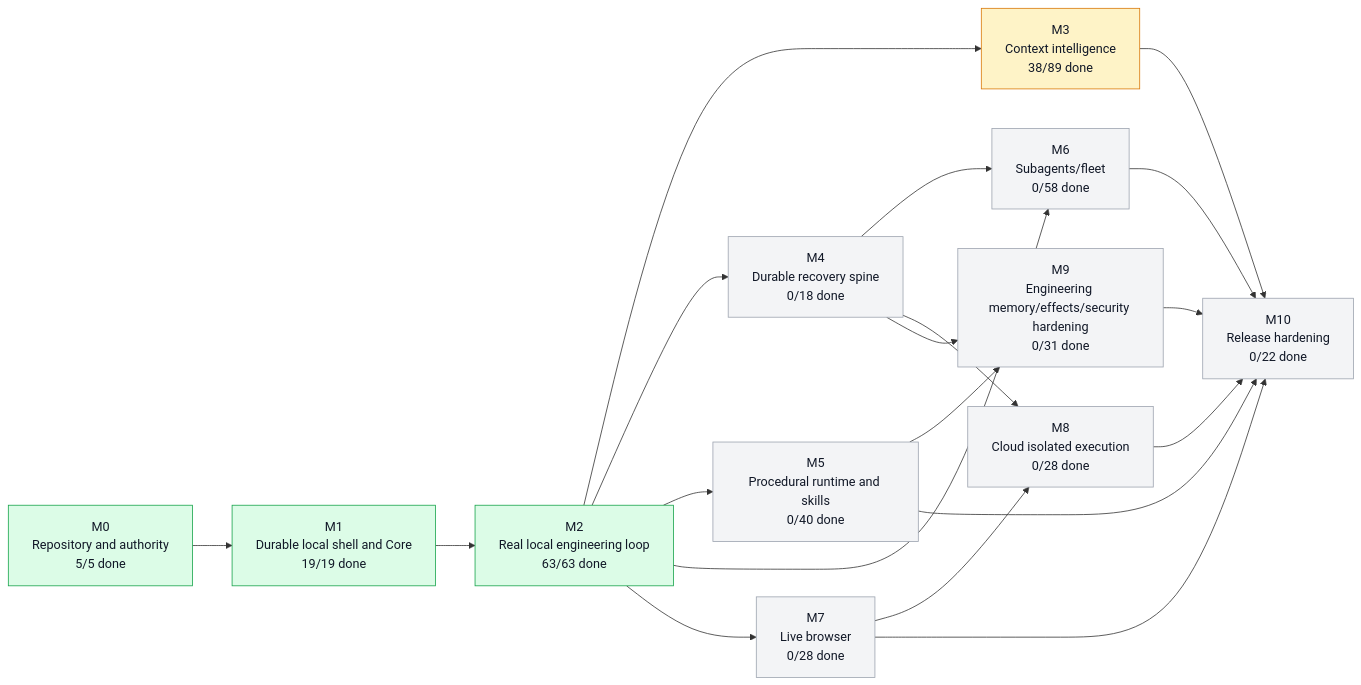
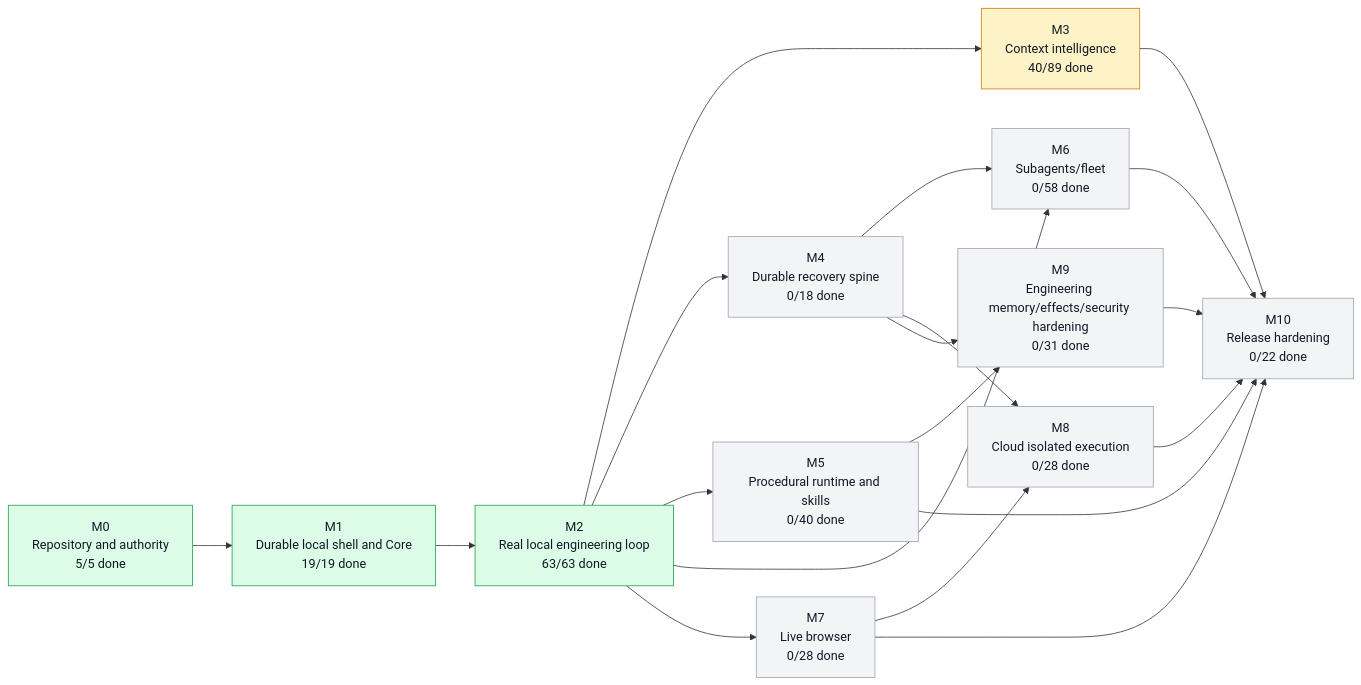
One commit to moss101/modbit changed the first of 5 diagrams in graph/PROJECT_GRAPH.md. Above: the diagram before and after it, drawn with Mermaid. The commit also changed other lines of this file and 9 other files, not shown here.

````diff
--- a/graph/PROJECT_GRAPH.md
+++ b/graph/PROJECT_GRAPH.md
@@ -57,43 +57,43 @@
 ```mermaid
 flowchart LR
   M0["M0<br/>Repository and authority<br/>5/5 done"]
   M1["M1<br/>Durable local shell and Core<br/>19/19 done"]
   M2["M2<br/>Real local engineering loop<br/>63/63 done"]
-  M3["M3<br/>Context intelligence<br/>38/89 done"]
+  M3["M3<br/>Context intelligence<br/>40/89 done"]
   M4["M4<br/>Durable recovery spine<br/>0/18 done"]
   M5["M5<br/>Procedural runtime and skills<br/>0/40 done"]
   M6["M6<br/>Subagents/fleet<br/>0/58 done"]
   M7["M7<br/>Live browser<br/>0/28 done"]
   M8["M8<br/>Cloud isolated execution<br/>0/28 done"]
   M9["M9<br/>Engineering memory/effects/security hardening<br/>0/31 done"]
   M10["M10<br/>Release hardening<br/>0/22 done"]
   M0 --> M1
   M1 --> M2
   M2 --> M3
   M2 --> M4
   M2 --> M5
   M2 --> M6
   M4 --> M6
   M2 --> M7
   M4 --> M8
   M7 --> M8
   M4 --> M9
   M5 --> M9
   M3 --> M10
   M5 --> M10
   M6 --> M10
   M7 --> M10
   M8 --> M10
   M9 --> M10
   style M0 fill:#dcfce7,stroke:#16a34a,color:#111827
   style M1 fill:#dcfce7,stroke:#16a34a,color:#111827
   style M2 fill:#dcfce7,stroke:#16a34a,color:#111827
   style M3 fill:#fef3c7,stroke:#d97706,color:#111827
   style M4 fill:#f3f4f6,stroke:#9ca3af,color:#111827
   style M5 fill:#f3f4f6,stroke:#9ca3af,color:#111827
   style M6 fill:#f3f4f6,stroke:#9ca3af,color:#111827
   style M7 fill:#f3f4f6,stroke:#9ca3af,color:#111827
   style M8 fill:#f3f4f6,stroke:#9ca3af,color:#111827
   style M9 fill:#f3f4f6,stroke:#9ca3af,color:#111827
   style M10 fill:#f3f4f6,stroke:#9ca3af,color:#111827
 ```
````
